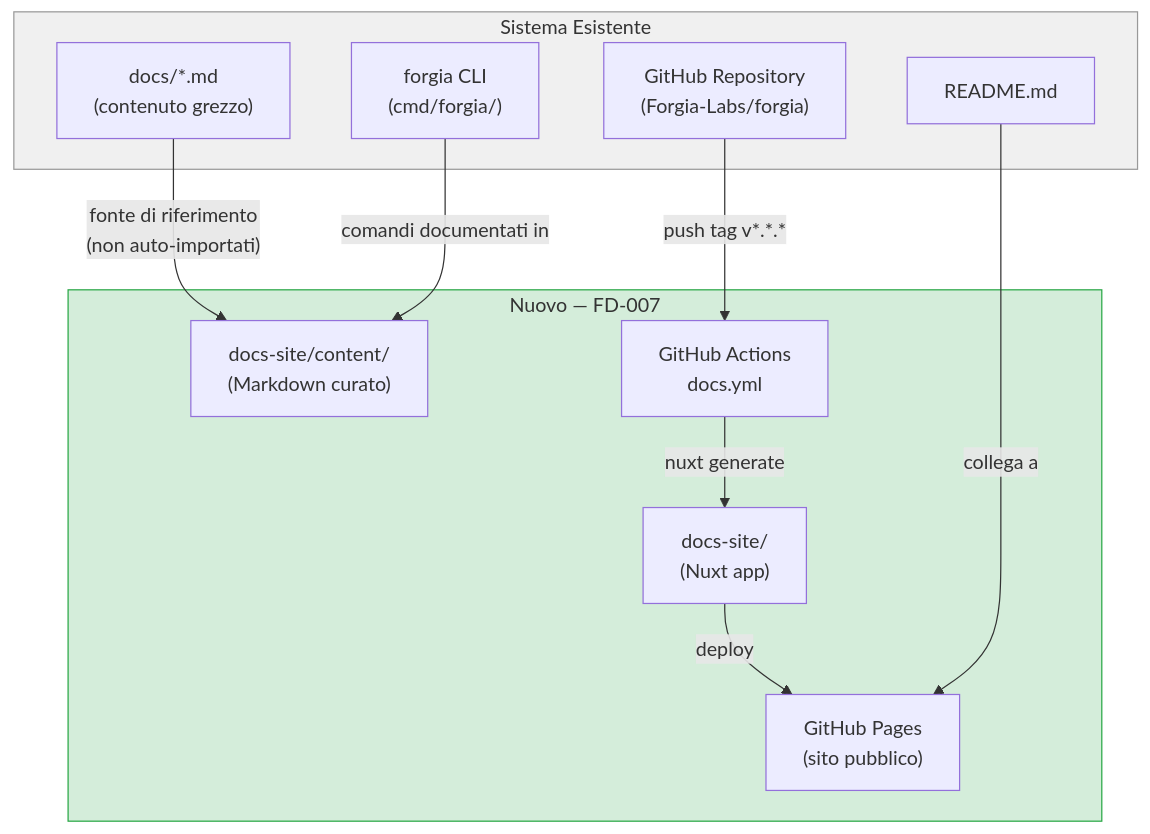
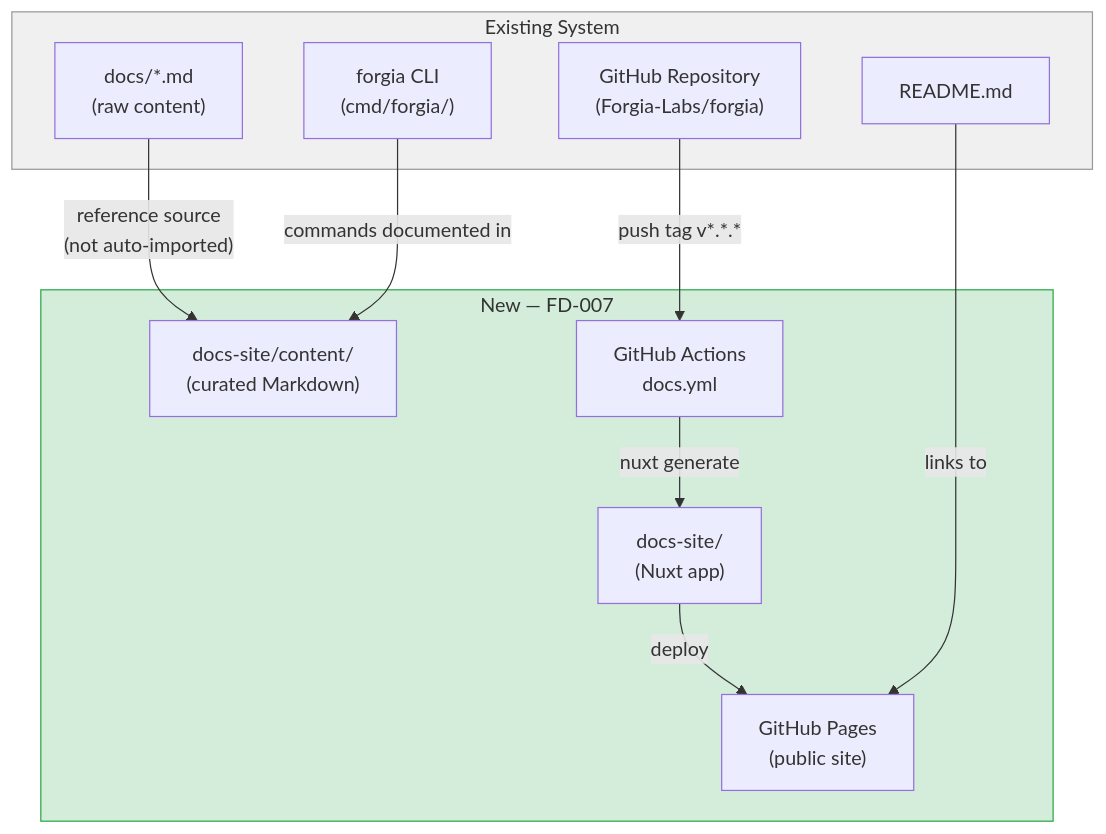
The first of 2 diagrams in .forgia/fd/FD-007-docs-website-nuxt.md (Forgia-Labs/forgia), drawn with Mermaid before and after one commit. The commit also changed other lines of this file and 4 other files, not shown here.

````diff
--- a/.forgia/fd/FD-007-docs-website-nuxt.md
+++ b/.forgia/fd/FD-007-docs-website-nuxt.md
@@ -64,26 +64,26 @@
 ```mermaid
 flowchart TD
-    subgraph existing ["Sistema Esistente"]
+    subgraph existing ["Existing System"]
         Repo["GitHub Repository\n(Forgia-Labs/forgia)"]
-        Docs["docs/*.md\n(contenuto grezzo)"]
+        Docs["docs/*.md\n(raw content)"]
         Readme["README.md"]
         CLI["forgia CLI\n(cmd/forgia/)"]
     end
 
-    subgraph new ["Nuovo — FD-007"]
+    subgraph new ["New — FD-007"]
         DocsSite["docs-site/\n(Nuxt app)"]
-        Content["docs-site/content/\n(Markdown curato)"]
-        GHPages["GitHub Pages\n(sito pubblico)"]
+        Content["docs-site/content/\n(curated Markdown)"]
+        GHPages["GitHub Pages\n(public site)"]
         CICD["GitHub Actions\ndocs.yml"]
     end
 
     Repo -->|"push tag v*.*.*"| CICD
     CICD -->|"nuxt generate"| DocsSite
     DocsSite -->|"deploy"| GHPages
-    Docs -->|"fonte di riferimento\n(non auto-importati)"| Content
-    CLI -->|"comandi documentati in"| Content
-    Readme -->|"collega a"| GHPages
+    Docs -->|"reference source\n(not auto-imported)"| Content
+    CLI -->|"commands documented in"| Content
+    Readme -->|"links to"| GHPages
 
     style existing fill:#f0f0f0,stroke:#999
     style new fill:#d4edda,stroke:#28a745
 ```
````
